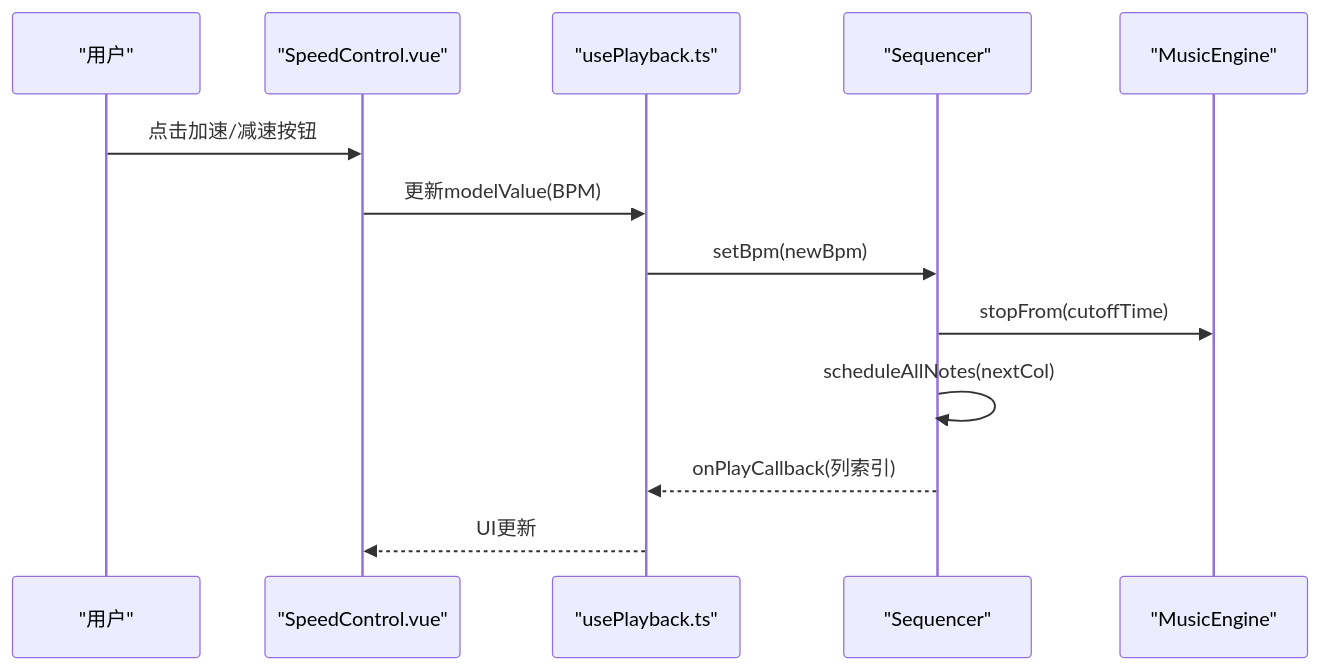
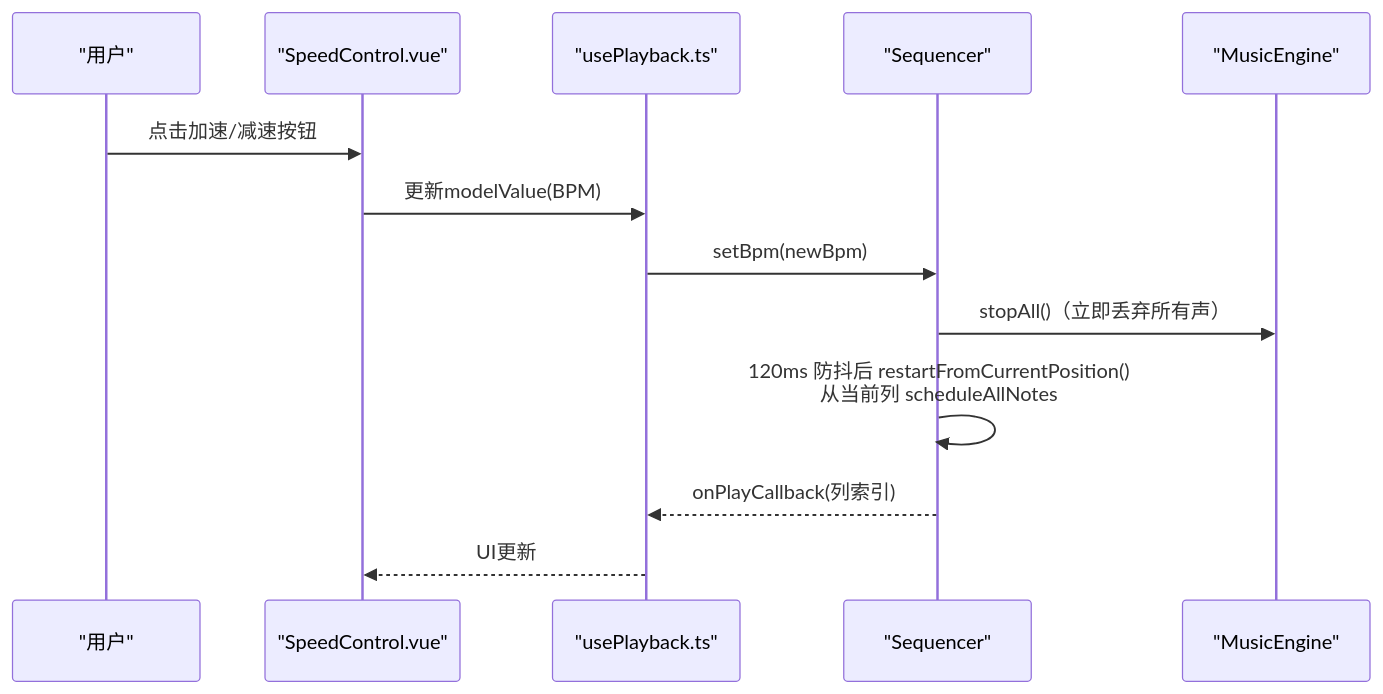
Before and after one commit to wingmeng/SUBOR-Music-Board: the fourth of 8 diagrams in wiki/播放控制系统/播放控制系统.md, drawn with Mermaid. The commit also changed other lines of this file and 45 other files, not shown here.

````diff
--- a/wiki/播放控制系统/播放控制系统.md
+++ b/wiki/播放控制系统/播放控制系统.md
@@ -228,15 +228,15 @@
 ```mermaid
 sequenceDiagram
 participant U as "用户"
 participant VC as "SpeedControl.vue"
 participant UP as "usePlayback.ts"
 participant SQ as "Sequencer"
 participant ME as "MusicEngine"
 U->>VC : 点击加速/减速按钮
 VC->>UP : 更新modelValue(BPM)
 UP->>SQ : setBpm(newBpm)
-SQ->>ME : stopFrom(cutoffTime)
-SQ->>SQ : scheduleAllNotes(nextCol)
+SQ->>ME : stopAll()（立即丢弃所有声）
+SQ->>SQ : 120ms 防抖后 restartFromCurrentPosition()<br/>从当前列 scheduleAllNotes
 SQ-->>UP : onPlayCallback(列索引)
 UP-->>VC : UI更新
 ```
````
